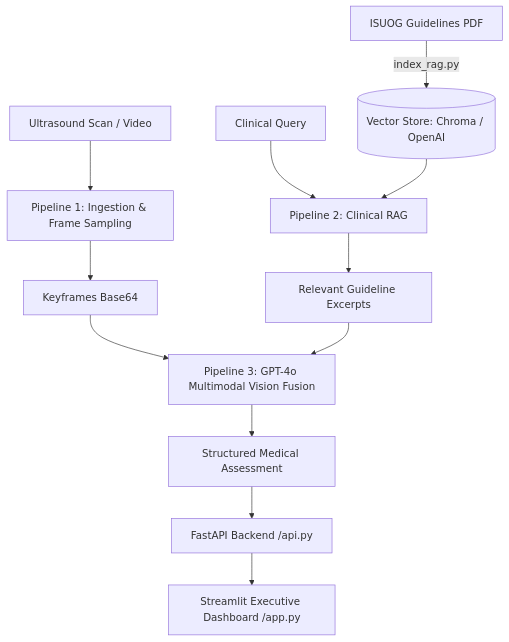
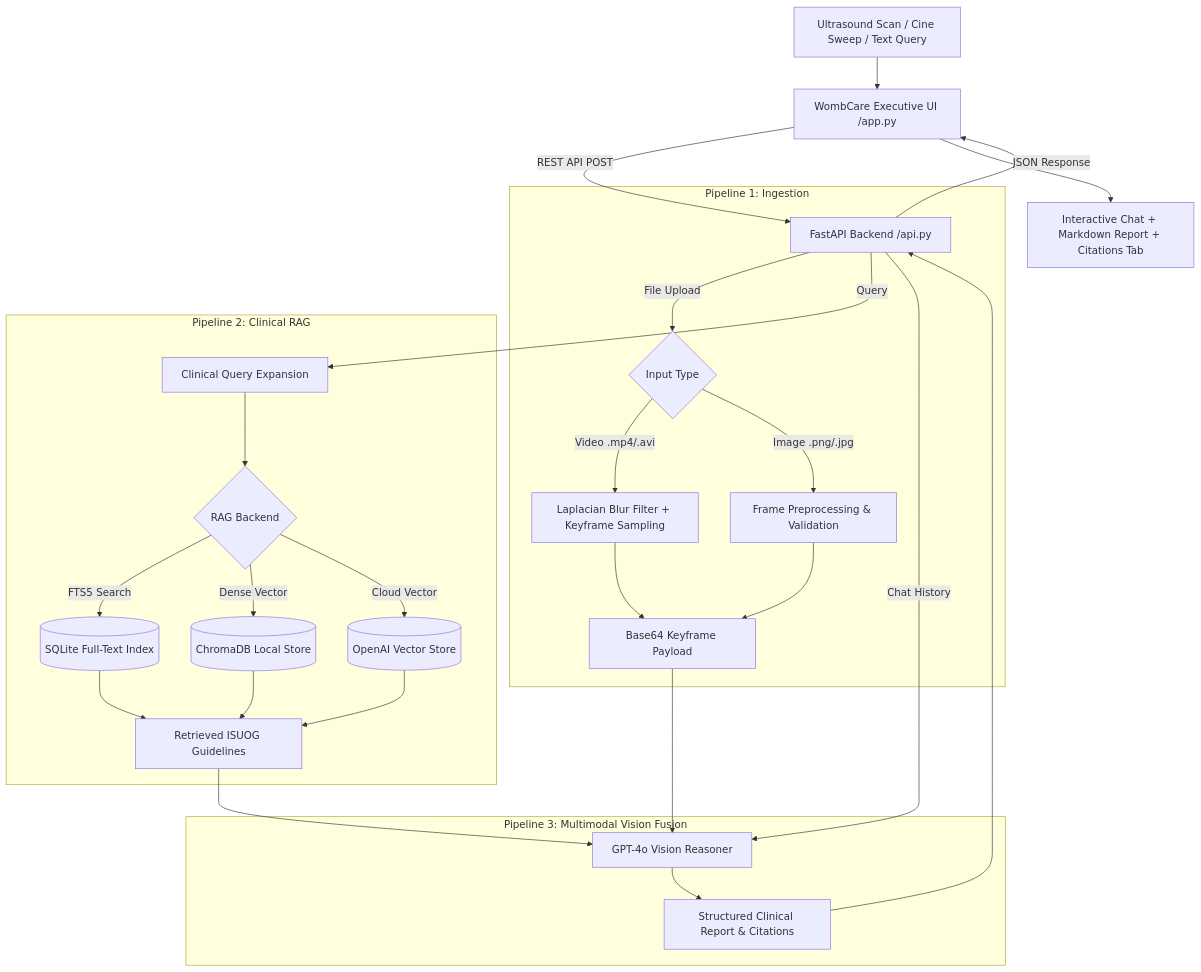
One commit to vis-hal-git/EchoAI-Pregnancy-Support-Ultrasound-Intelligence changed the diagram in README.md. Above: the diagram before and after it, drawn with Mermaid. The commit also changed other lines of this file and 407 other files, not shown here.

Commit message:
Update WombCare branding, logo integration, UI theme contrast fixes, and clinical RAG index

````diff
--- a/README.md
+++ b/README.md
@@ -30,17 +69,35 @@
 ```mermaid
 graph TD
-    A[Ultrasound Scan / Video] --> B[Pipeline 1: Ingestion & Frame Sampling]
-    B --> C[Keyframes Base64]
+    A[Ultrasound Scan / Cine Sweep / Text Query] --> B[WombCare Executive UI /app.py]
+    B -->|REST API POST| C[FastAPI Backend /api.py]
     
-    D[Clinical Query] --> E[Pipeline 2: Clinical RAG]
-    F[ISUOG Guidelines PDF] -->|index_rag.py| G[(Vector Store: Chroma / OpenAI)]
-    G --> E
-    E --> H[Relevant Guideline Excerpts]
+    subgraph Pipeline 1: Ingestion
+        C -->|File Upload| D{Input Type}
+        D -->|Video .mp4/.avi| E[Laplacian Blur Filter + Keyframe Sampling]
+        D -->|Image .png/.jpg| F[Frame Preprocessing & Validation]
+        E --> G[Base64 Keyframe Payload]
+        F --> G
+    end
     
-    C --> I[Pipeline 3: GPT-4o Multimodal Vision Fusion]
-    H --> I
+    subgraph Pipeline 2: Clinical RAG
+        C -->|Query| H[Clinical Query Expansion]
+        H --> I{RAG Backend}
+        I -->|FTS5 Search| J[(SQLite Full-Text Index)]
+        I -->|Dense Vector| K[(ChromaDB Local Store)]
+        I -->|Cloud Vector| L[(OpenAI Vector Store)]
+        J --> M[Retrieved ISUOG Guidelines]
+        K --> M
+        L --> M
+    end
     
-    I --> J[Structured Medical Assessment]
-    J --> K[FastAPI Backend /api.py]
-    K --> L[Streamlit Executive Dashboard /app.py]
+    subgraph Pipeline 3: Multimodal Vision Fusion
+        G --> N[GPT-4o Vision Reasoner]
+        M --> N
+        C -->|Chat History| N
+        N --> O[Structured Clinical Report & Citations]
+    end
+    
+    O --> C
+    C -->|JSON Response| B
+    B --> P[Interactive Chat + Markdown Report + Citations Tab]
 ```
````
